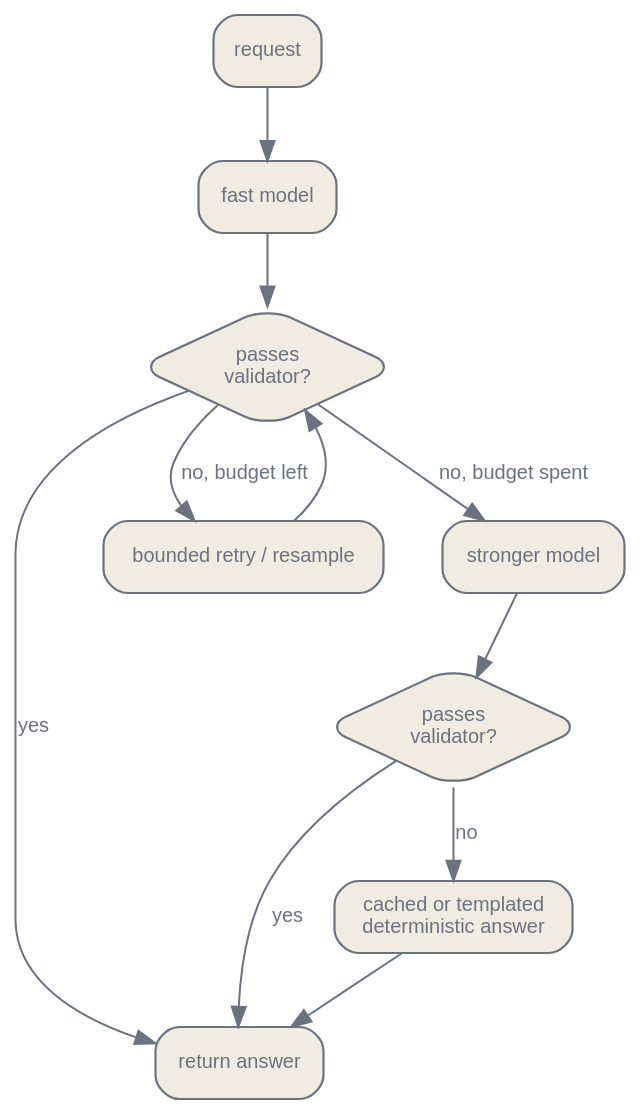
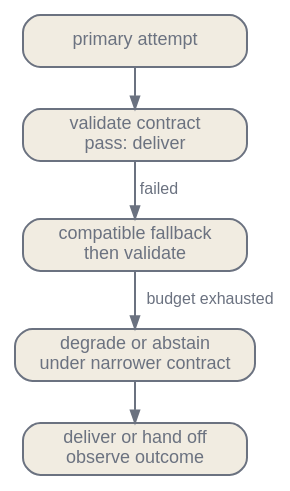
Before and after one commit to latere-ai/ai-as-an-infrastructure: the second of 3 diagrams in en/practice/10-reliability-nondeterministic.qmd, drawn with Graphviz. The commit also changed other lines of this file and 4 other files, not shown here.

````diff
--- a/en/practice/10-reliability-nondeterministic.qmd
+++ b/en/practice/10-reliability-nondeterministic.qmd
@@ -152,31 +279,20 @@
 ```{dot}
 //| label: fig-reliability-fallback
-//| fig-cap: "A fallback chain as an ordered set of second chances. Each link is tried only when the previous one fails its validator, and the order trades rising cost and latency for rising reliability. The terminal link is a deterministic path that cannot itself fail to respond."
-digraph {
+//| fig-cap: "A bounded fallback policy validates each outcome and may narrow the promise. No branch is assumed infallible: delivery and handoff remain observable outcomes."
+digraph fallback {
   bgcolor="transparent";
   rankdir=TB;
-  nodesep=0.4; ranksep=0.5;
-  node [shape=box, style="rounded,filled", fontname="Helvetica", fontsize=10, color="#6b7280", fontcolor="#6b7280", fillcolor="#f1ece1", penwidth=1.1];
-  edge [fontsize=10, fontname="Helvetica", color="#6b7280", fontcolor="#6b7280"];
-
-  req [label="request"];
-  cheap [label="fast model"];
-  v1 [label="passes\nvalidator?", shape=diamond];
-  done [label="return answer"];
-  retry [label="bounded retry / resample"];
-  strong [label="stronger model"];
-  v2 [label="passes\nvalidator?", shape=diamond];
-  det [label="cached or templated\ndeterministic answer"];
-
-  req -> cheap;
-  cheap -> v1;
-  v1 -> done [label="yes"];
-  v1 -> retry [label="no, budget left"];
-  retry -> v1;
-  v1 -> strong [label="no, budget spent"];
-  strong -> v2;
-  v2 -> done [label="yes"];
-  v2 -> det [label="no"];
-  det -> done;
+  nodesep=0.18; ranksep=0.28;
+  node [shape=box, style="rounded,filled", fontname="Helvetica", fontsize=9, color="#6b7280", fontcolor="#6b7280", fillcolor="#f1ece1", width=1.55, height=0.36, margin="0.06,0.04"];
+  edge [fontname="Helvetica", fontsize=8, color="#6b7280", fontcolor="#6b7280", arrowsize=0.6];
+  primary [label="primary attempt"];
+  check [label="validate contract\npass: deliver"];
+  alternate [label="compatible fallback\nthen validate"];
+  narrow [label="degrade or abstain\nunder narrower contract"];
+  handoff [label="deliver or hand off\nobserve outcome"];
+  primary -> check;
+  check -> alternate [label="failed"];
+  alternate -> narrow [label="budget exhausted"];
+  narrow -> handoff;
 }
 ```
````
